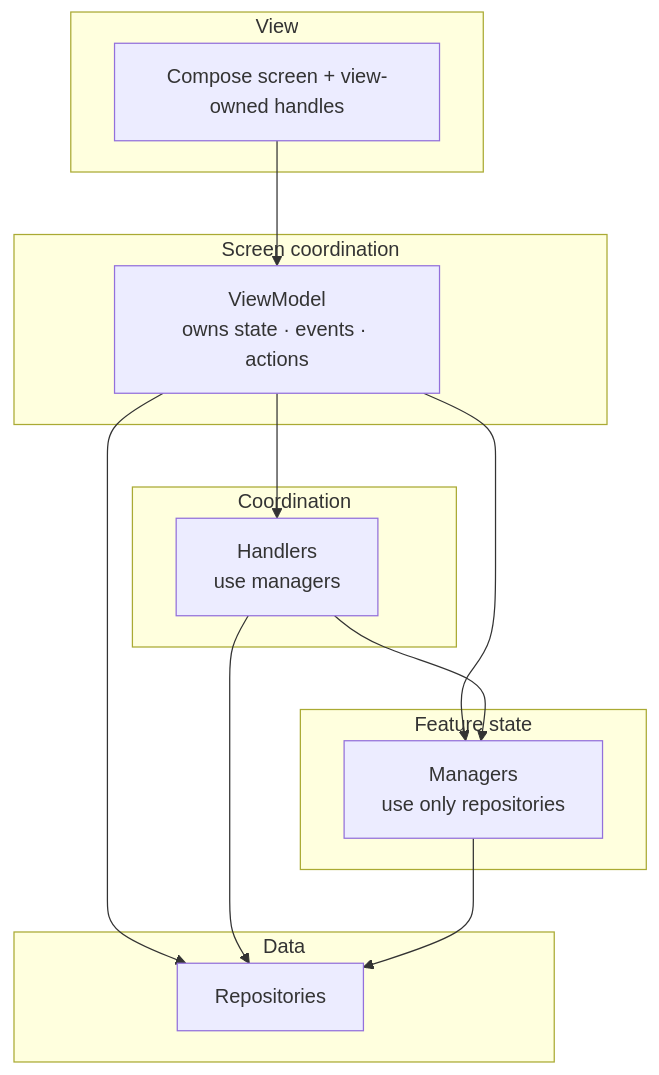
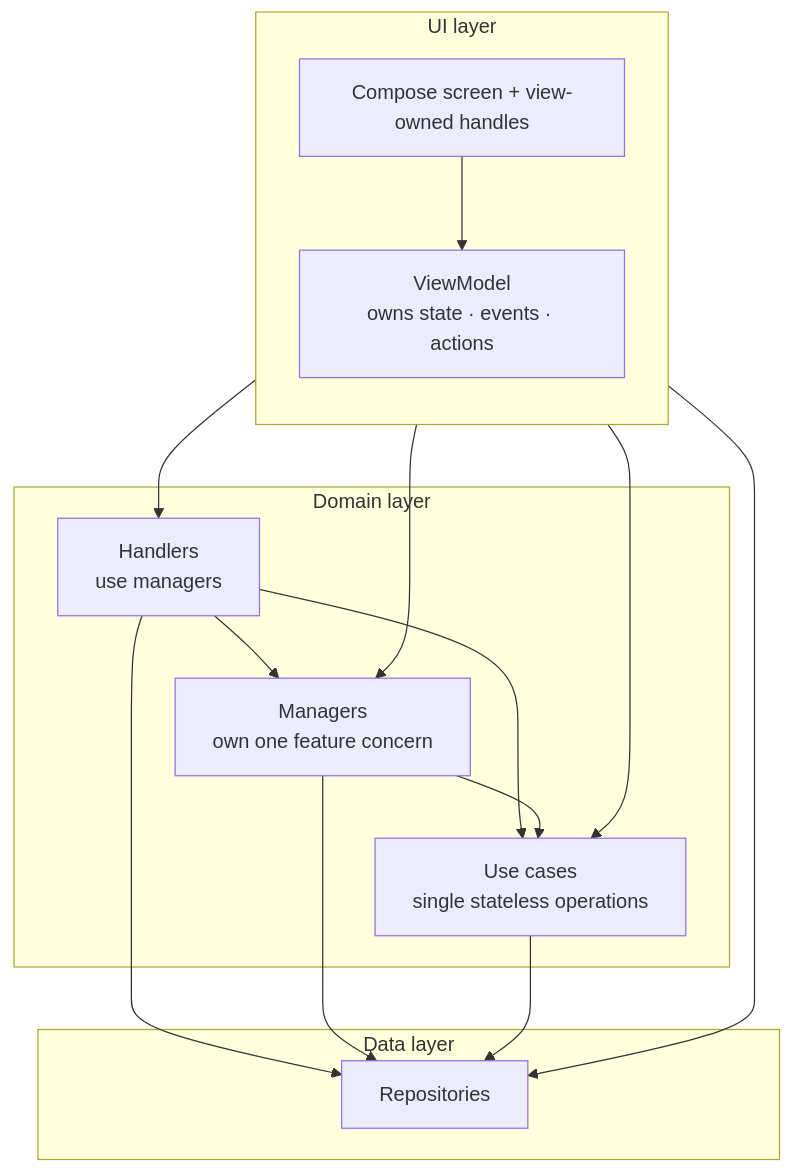
Before and after one commit to home-assistant/developers.home-assistant: the second of 2 diagrams in docs/android/ui_architecture.md, drawn with Mermaid. The commit also changed other lines of this file and 6 other files, not shown here.

````diff
--- a/docs/android/ui_architecture.md
+++ b/docs/android/ui_architecture.md
@@ -111,30 +199,30 @@
 ```mermaid
 flowchart TB
-    subgraph view["View"]
+    subgraph ui["UI layer"]
+        direction TB
         Screen["Compose screen + view-owned handles"]
-    end
-
-    subgraph coord["Screen coordination"]
         VM["ViewModel<br/>owns state · events · actions"]
     end
 
-    subgraph feat["Coordination"]
+    subgraph domain["Domain layer"]
         Handlers["Handlers<br/>use managers"]
+        Managers["Managers<br/>own one feature concern"]
+        UseCases["Use cases<br/>single stateless operations"]
     end
 
-    subgraph featstate["Feature state"]
-        Managers["Managers<br/>use only repositories"]
-    end
-
-    subgraph data["Data"]
+    subgraph data["Data layer"]
         Repos["Repositories"]
     end
 
     Screen --> VM
     VM --> Handlers
     VM --> Managers
+    VM --> UseCases
     VM --> Repos
     Handlers --> Managers
+    Handlers --> UseCases
     Handlers --> Repos
+    Managers --> UseCases
     Managers --> Repos
+    UseCases --> Repos
 ```
````
